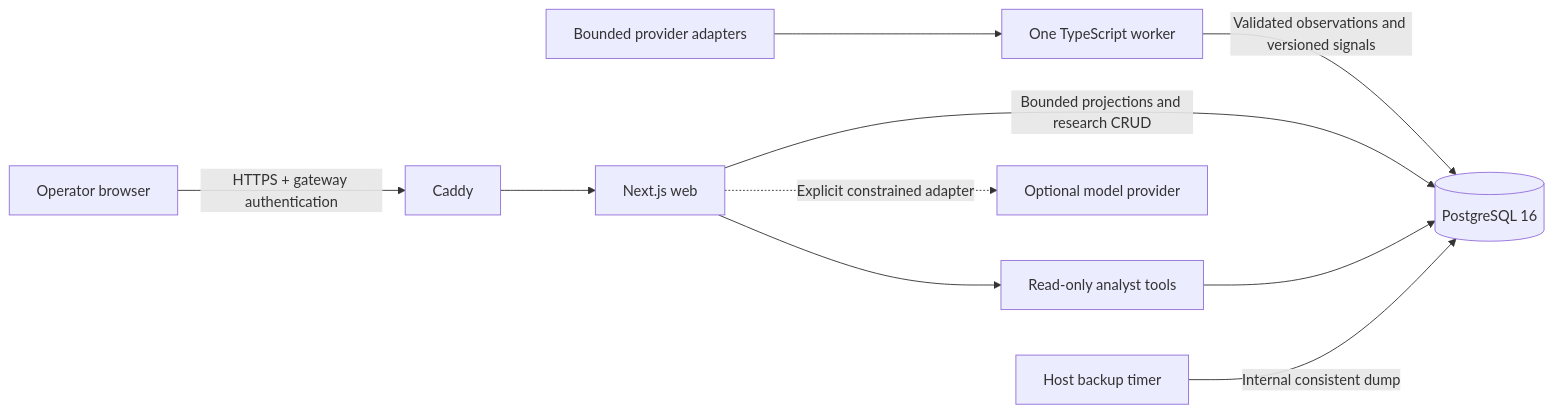
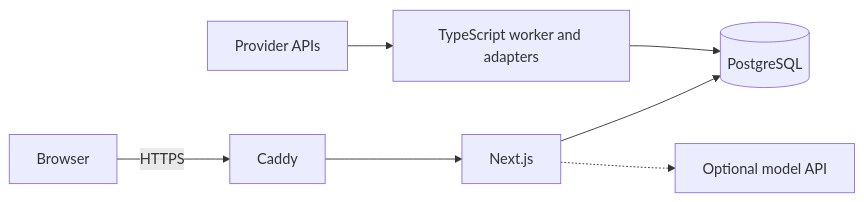
The diagram in README.md (Jertig/crypto-intelligence-terminal), drawn with Mermaid before and after one commit. The commit also changed other lines of this file and 63 other files, not shown here.

````diff
--- a/README.md
+++ b/README.md
@@ -55,12 +23,7 @@
 ```mermaid
 flowchart LR
-  Operator[Operator browser] -->|HTTPS + gateway authentication| Caddy[Caddy]
-  Caddy --> Web[Next.js web]
-  Sources[Bounded provider adapters] --> Worker[One TypeScript worker]
-  Worker -->|Validated observations and versioned signals| DB[(PostgreSQL 16)]
-  Web -->|Bounded projections and research CRUD| DB
-  Web --> Tools[Read-only analyst tools]
-  Tools --> DB
-  Web -.->|Explicit constrained adapter| Model[Optional model provider]
-  Backup[Host backup timer] -->|Internal consistent dump| DB
+  Browser -->|HTTPS| Caddy --> Web[Next.js]
+  Web --> DB[(PostgreSQL)]
+  Sources[Provider APIs] --> Worker[TypeScript worker and adapters] --> DB
+  Web -.-> Model[Optional model API]
 ```
````
